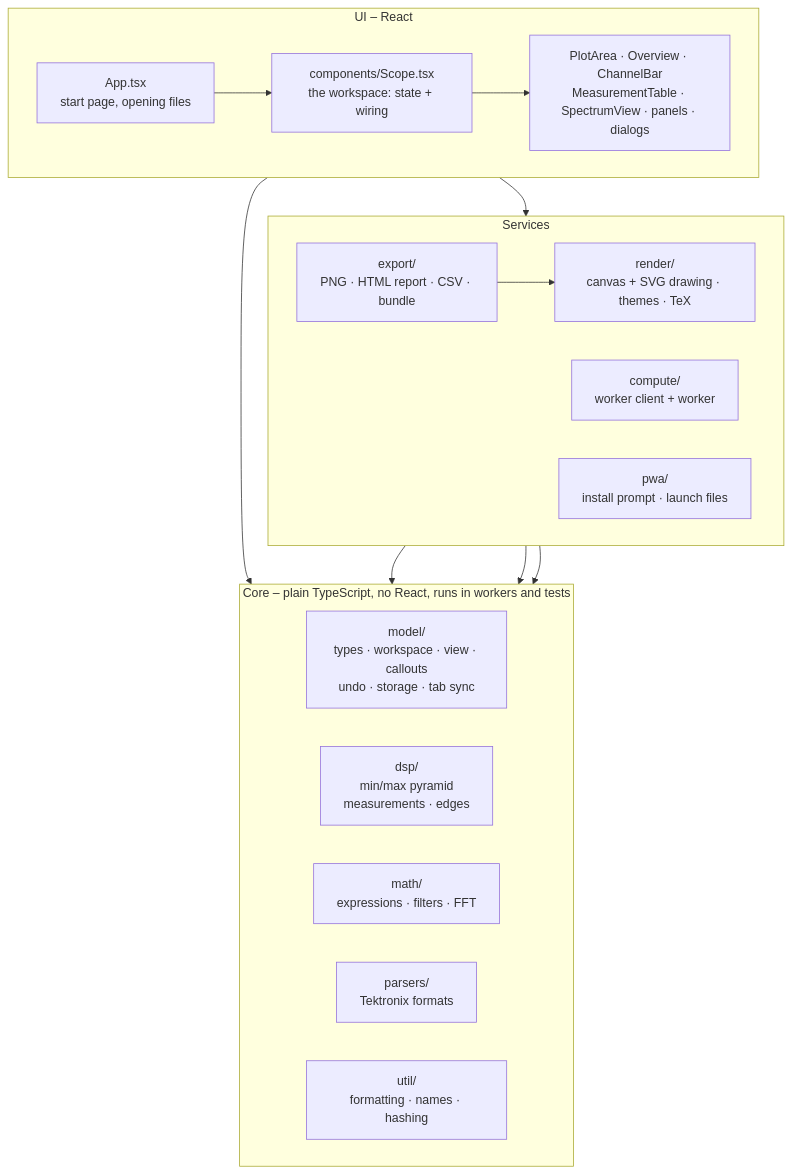
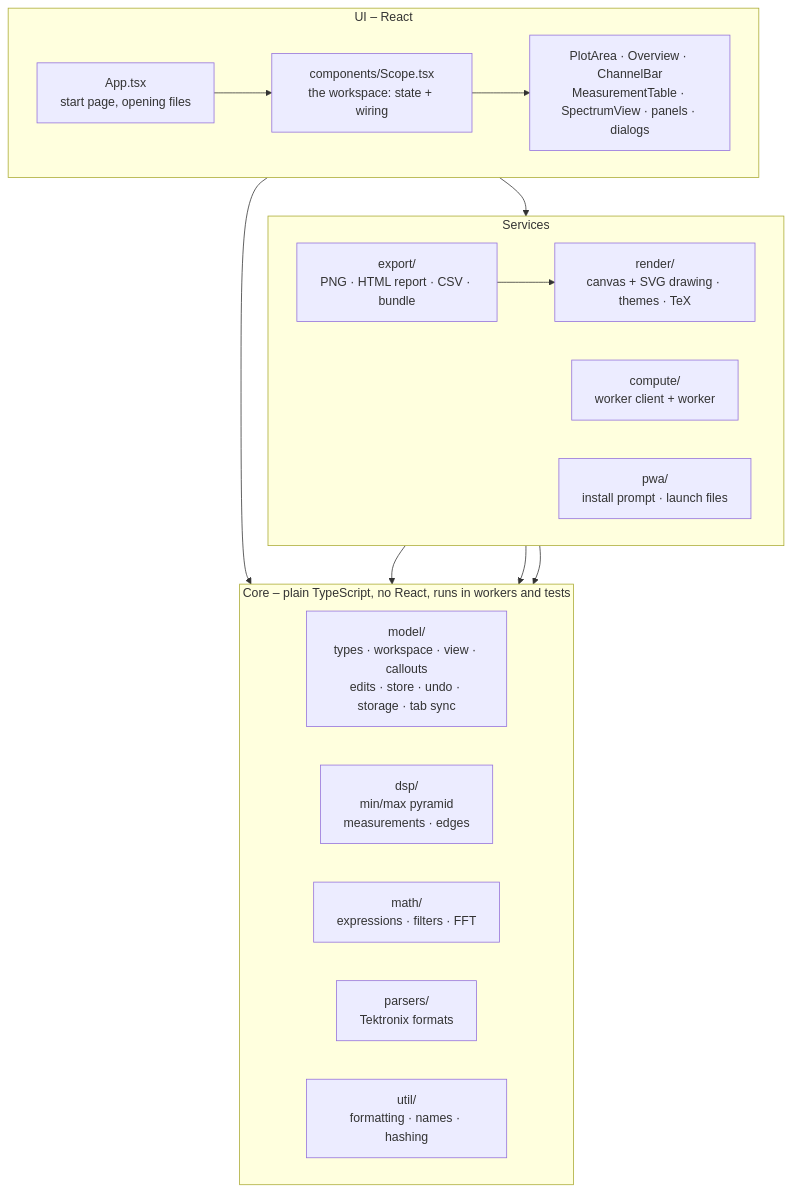
One commit to TeodorSameisky/SCOPE_VIEWER changed the first of 4 diagrams in docs/architecture.md. Above: the diagram before and after it, drawn with Mermaid. The commit also changed other lines of this file and 19 other files, not shown here.

````diff
--- a/docs/architecture.md
+++ b/docs/architecture.md
@@ -33,34 +33,34 @@
 ```mermaid
 flowchart TB
   subgraph UI["UI – React"]
     direction LR
     App["App.tsx<br/>start page, opening files"]
     Scope["components/Scope.tsx<br/>the workspace: state + wiring"]
     Parts["PlotArea · Overview · ChannelBar<br/>MeasurementTable · SpectrumView · panels · dialogs"]
     App --> Scope --> Parts
   end
 
   subgraph Services["Services"]
     direction LR
     Export["export/<br/>PNG · HTML report · CSV · bundle"]
     Render["render/<br/>canvas + SVG drawing · themes · TeX"]
     Compute["compute/<br/>worker client + worker"]
     Pwa["pwa/<br/>install prompt · launch files"]
   end
 
   subgraph Core["Core – plain TypeScript, no React, runs in workers and tests"]
     direction LR
-    Model["model/<br/>types · workspace · view · callouts<br/>undo · storage · tab sync"]
+    Model["model/<br/>types · workspace · view · callouts<br/>edits · store · undo · storage · tab sync"]
     Dsp["dsp/<br/>min/max pyramid<br/>measurements · edges"]
     Math["math/<br/>expressions · filters · FFT"]
     Parsers["parsers/<br/>Tektronix formats"]
     Util["util/<br/>formatting · names · hashing"]
   end
 
   UI --> Services
   UI --> Core
   Services --> Core
   Export --> Render
   Compute --> Dsp
   Compute --> Math
 ```
````
